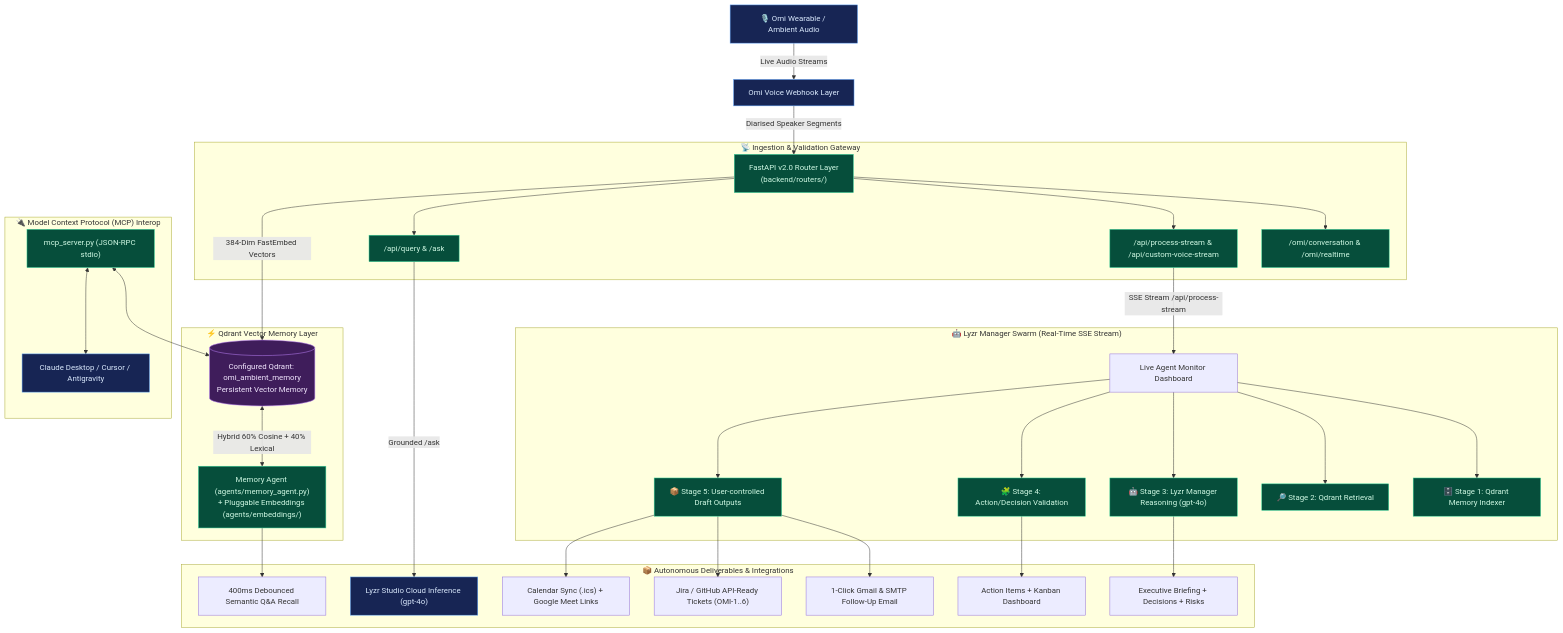
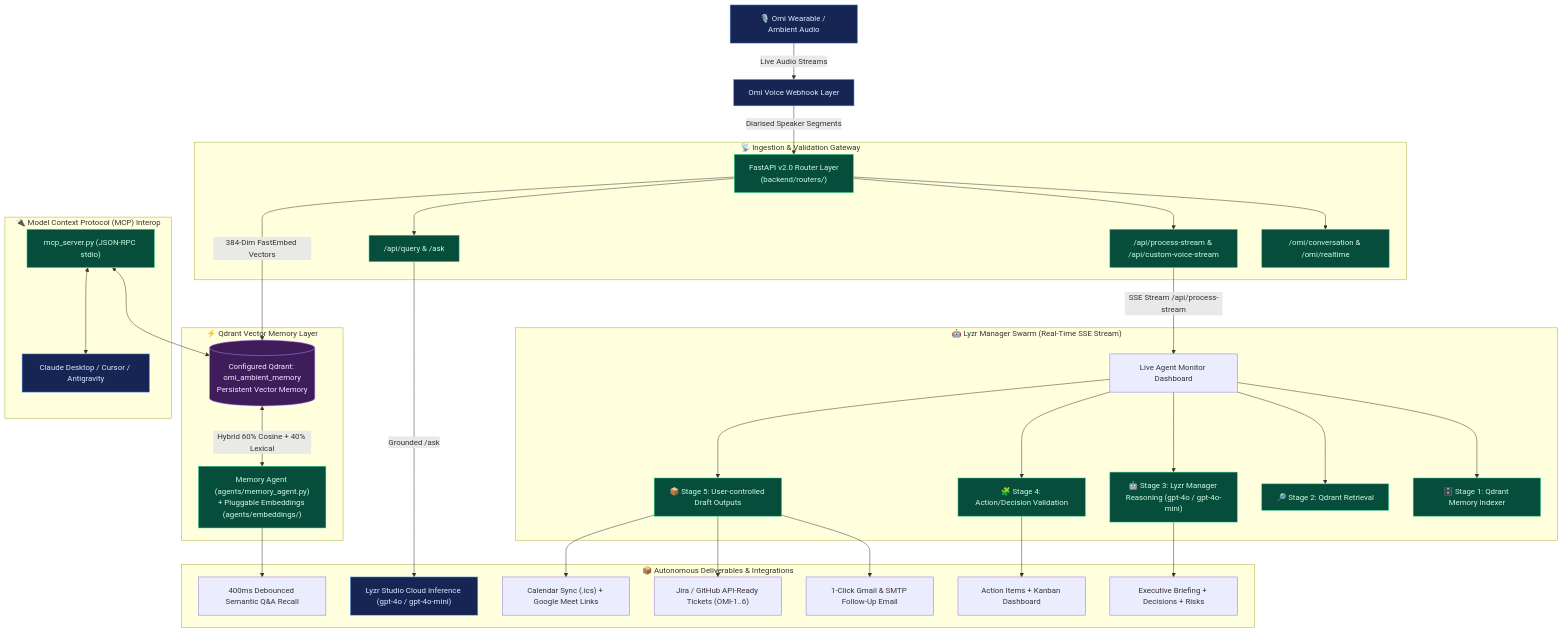
One commit to masood-mashu/omimind-agent changed the diagram in README.md. Above: the diagram before and after it, drawn with Mermaid. The commit also changed other lines of this file, not shown here.

````diff
--- a/README.md
+++ b/README.md
@@ -66,47 +66,47 @@
 ```mermaid
 flowchart TD
     User["🎙️ Omi Wearable / Ambient Audio"] -->|Live Audio Streams| Omi["Omi Voice Webhook Layer"]
     Omi -->|Diarised Speaker Segments| FastAPIServer["FastAPI v2.0 Router Layer<br/>(backend/routers/)"]
 
     subgraph INGESTION ["📡 Ingestion & Validation Gateway"]
         FastAPIServer --> R1["/omi/conversation & /omi/realtime"]
         FastAPIServer --> R2["/api/process-stream & /api/custom-voice-stream"]
         FastAPIServer --> R3["/api/query & /ask"]
     end
 
     subgraph QDRANT ["⚡ Qdrant Vector Memory Layer"]
         FastAPIServer -->|384-Dim FastEmbed Vectors| Qdrant[("Configured Qdrant: omi_ambient_memory<br/>Persistent Vector Memory")]
         Qdrant <-->|Hybrid 60% Cosine + 40% Lexical| MemAgent["Memory Agent (agents/memory_agent.py)<br/>+ Pluggable Embeddings (agents/embeddings/)"]
     end
 
     subgraph LYZR ["🤖 Lyzr Manager Swarm (Real-Time SSE Stream)"]
         R2 -->|SSE Stream /api/process-stream| Stream["Live Agent Monitor Dashboard"]
         Stream --> A1["🗄️ Stage 1: Qdrant Memory Indexer"]
         Stream --> A2["🔎 Stage 2: Qdrant Retrieval"]
-        Stream --> A3["🤖 Stage 3: Lyzr Manager Reasoning (gpt-4o)"]
+        Stream --> A3["🤖 Stage 3: Lyzr Manager Reasoning (gpt-4o / gpt-4o-mini)"]
         Stream --> A4["🧩 Stage 4: Action/Decision Validation"]
         Stream --> A5["📦 Stage 5: User-controlled Draft Outputs"]
     end
 
     subgraph OUTPUTS ["📦 Autonomous Deliverables & Integrations"]
         A4 --> Actions["Action Items + Kanban Dashboard"]
         A3 --> Dossier["Executive Briefing + Decisions + Risks"]
         A5 --> Email["1-Click Gmail & SMTP Follow-Up Email"]
         A5 --> Jira["Jira / GitHub API-Ready Tickets (OMI-1..6)"]
         A5 --> Calendar["Calendar Sync (.ics) + Google Meet Links"]
         MemAgent --> QnA["400ms Debounced Semantic Q&A Recall"]
-        R3 -->|Grounded /ask| LyzrStudio["Lyzr Studio Cloud Inference (gpt-4o)"]
+        R3 -->|Grounded /ask| LyzrStudio["Lyzr Studio Cloud Inference (gpt-4o / gpt-4o-mini)"]
     end
 
     subgraph MCP ["🔌 Model Context Protocol (MCP) Interop"]
         MCP_Server["mcp_server.py (JSON-RPC stdio)"] <--> Qdrant
         MCP_Server <--> ExternalAgents["Claude Desktop / Cursor / Antigravity"]
     end
 
     classDef external fill:#172554,stroke:#60a5fa,color:#dbeafe;
     classDef service fill:#064e3b,stroke:#34d399,color:#d1fae5;
     classDef store fill:#3f1d5b,stroke:#c084fc,color:#f3e8ff;
     class User,Omi,LyzrStudio,ExternalAgents external;
     class FastAPIServer,R1,R2,R3,MemAgent,A1,A2,A3,A4,A5,MCP_Server service;
     class Qdrant store;
 ```
````
